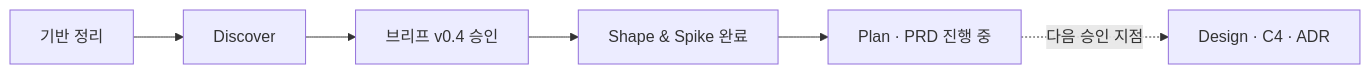
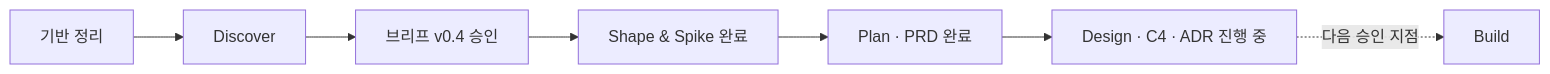
The second of 2 diagrams in PROCESS.md (shotgun1107/codex-usage-tracker), drawn with Mermaid before and after one commit. The commit also changed other lines of this file and 13 other files, not shown here.

Commit message:
docs: design v1 architecture

````diff
--- a/PROCESS.md
+++ b/PROCESS.md
@@ -76,5 +76,5 @@
 ```mermaid
 flowchart LR
-    A["기반 정리"] --> B["Discover"] --> C["브리프 v0.4 승인"] --> D["Shape & Spike 완료"] --> E["Plan · PRD 진행 중"]
-    E -. "다음 승인 지점" .-> F["Design · C4 · ADR"]
+    A["기반 정리"] --> B["Discover"] --> C["브리프 v0.4 승인"] --> D["Shape & Spike 완료"] --> E["Plan · PRD 완료"] --> F["Design · C4 · ADR 진행 중"]
+    F -. "다음 승인 지점" .-> G["Build"]
 ```
````
